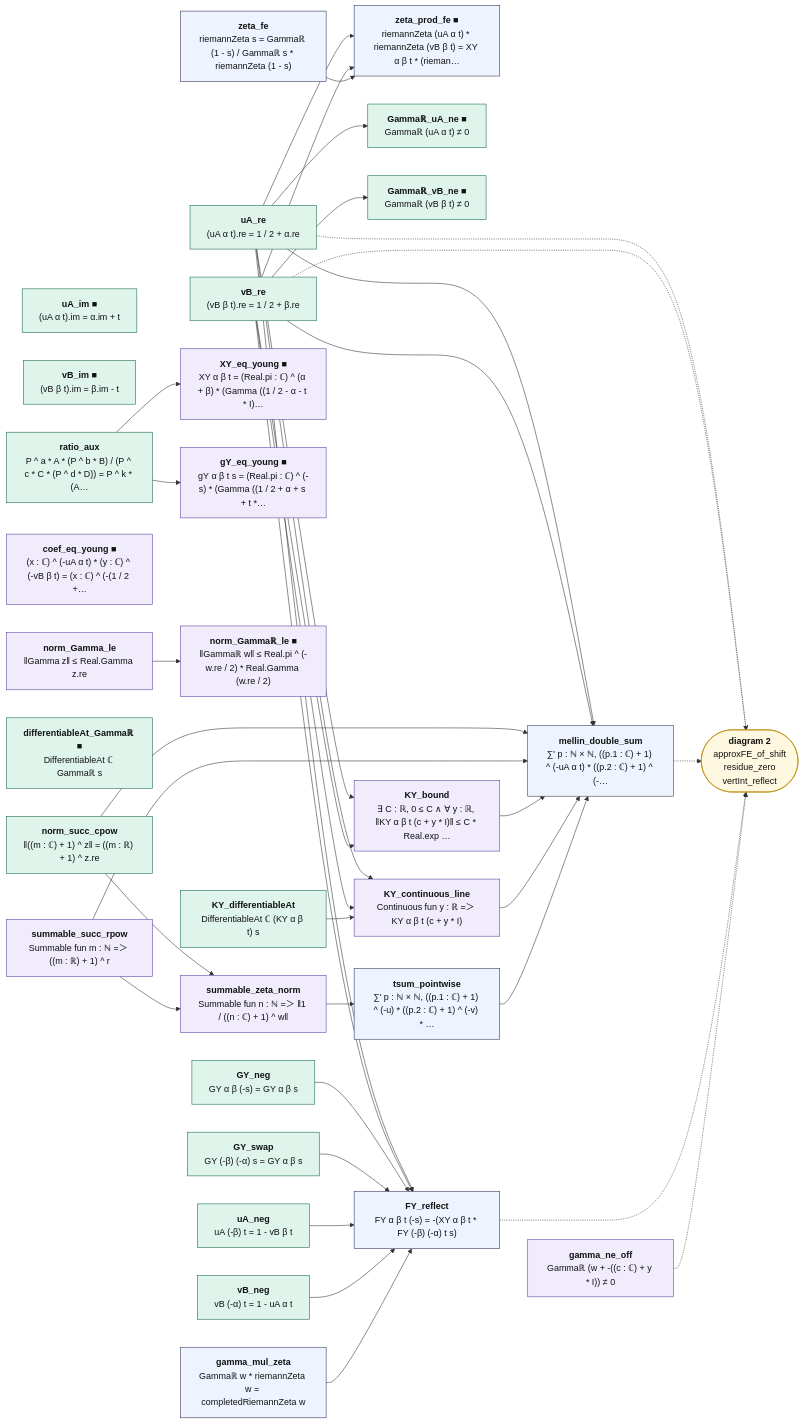
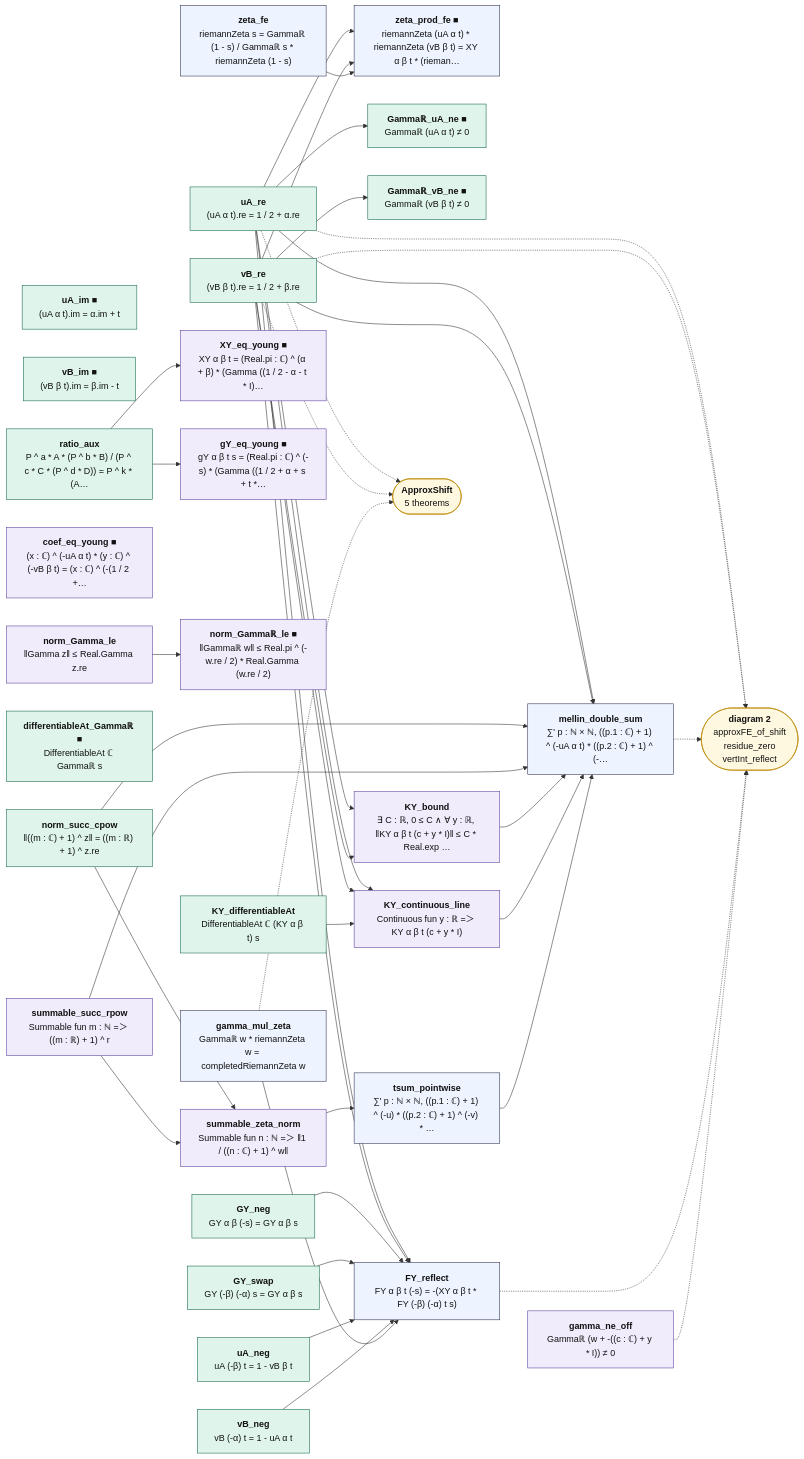
Before and after one commit to juliansambranojr/Primebeat_081426: the first of 2 diagrams in map/lean_stage3/ApproxFE.md, drawn with Mermaid. The commit also changed other lines of this file and 19 other files, not shown here.

````diff
--- a/map/lean_stage3/ApproxFE.md
+++ b/map/lean_stage3/ApproxFE.md
@@ -16,77 +16,81 @@
 ```mermaid
 flowchart LR
   n0["<b>uA_re</b><br/>(uA α t).re = 1 / 2 + α.re"]:::cnt
   n1["<b>vB_re</b><br/>(vB β t).re = 1 / 2 + β.re"]:::cnt
   n2["<b>uA_im ■</b><br/>(uA α t).im = α.im + t"]:::cnt
   n3["<b>vB_im ■</b><br/>(vB β t).im = β.im - t"]:::cnt
   n4["<b>zeta_fe</b><br/>riemannZeta s = Gammaℝ (1 - s) / Gammaℝ s * riemannZeta (1 - s)"]:::thm
   n5["<b>zeta_prod_fe ■</b><br/>riemannZeta (uA α t) * riemannZeta (vB β t) = XY α β t * (rieman…"]:::thm
   n6["<b>Gammaℝ_uA_ne ■</b><br/>Gammaℝ (uA α t) ≠ 0"]:::cnt
   n7["<b>Gammaℝ_vB_ne ■</b><br/>Gammaℝ (vB β t) ≠ 0"]:::cnt
   n8["<b>ratio_aux</b><br/>P ^ a * A * (P ^ b * B) / (P ^ c * C * (P ^ d * D)) = P ^ k * (A…"]:::cnt
   n9["<b>XY_eq_young ■</b><br/>XY α β t = (Real.pi : ℂ) ^ (α + β) * (Gamma ((1 / 2 - α - t * I)…"]:::shp
   n10["<b>gY_eq_young ■</b><br/>gY α β t s = (Real.pi : ℂ) ^ (-s) * (Gamma ((1 / 2 + α + s + t *…"]:::shp
   n11["<b>coef_eq_young ■</b><br/>(x : ℂ) ^ (-uA α t) * (y : ℂ) ^ (-vB β t) = (x : ℂ) ^ (-(1 / 2 +…"]:::shp
   n12["<b>norm_Gamma_le</b><br/>‖Gamma z‖ ≤ Real.Gamma z.re"]:::shp
   n13["<b>norm_Gammaℝ_le ■</b><br/>‖Gammaℝ w‖ ≤ Real.pi ^ (-w.re / 2) * Real.Gamma (w.re / 2)"]:::shp
   n14["<b>differentiableAt_Gammaℝ ■</b><br/>DifferentiableAt ℂ Gammaℝ s"]:::cnt
   n15["<b>norm_succ_cpow</b><br/>‖((m : ℂ) + 1) ^ z‖ = ((m : ℝ) + 1) ^ z.re"]:::cnt
   n16["<b>summable_succ_rpow</b><br/>Summable fun m : ℕ =＞ ((m : ℝ) + 1) ^ r"]:::shp
   n17["<b>summable_zeta_norm</b><br/>Summable fun n : ℕ =＞ ‖1 / ((n : ℂ) + 1) ^ w‖"]:::shp
   n18["<b>KY_bound</b><br/>∃ C : ℝ, 0 ≤ C ∧ ∀ y : ℝ, ‖KY α β t (c + y * I)‖ ≤ C * Real.exp …"]:::shp
   n19["<b>KY_differentiableAt</b><br/>DifferentiableAt ℂ (KY α β t) s"]:::cnt
   n20["<b>KY_continuous_line</b><br/>Continuous fun y : ℝ =＞ KY α β t (c + y * I)"]:::shp
   n21["<b>tsum_pointwise</b><br/>∑' p : ℕ × ℕ, ((p.1 : ℂ) + 1) ^ (-u) * ((p.2 : ℂ) + 1) ^ (-v) * …"]:::thm
   n22["<b>mellin_double_sum</b><br/>∑' p : ℕ × ℕ, ((p.1 : ℂ) + 1) ^ (-uA α t) * ((p.2 : ℂ) + 1) ^ (-…"]:::thm
   n23["<b>GY_neg</b><br/>GY α β (-s) = GY α β s"]:::cnt
   n24["<b>GY_swap</b><br/>GY (-β) (-α) s = GY α β s"]:::cnt
   n25["<b>uA_neg</b><br/>uA (-β) t = 1 - vB β t"]:::cnt
   n26["<b>vB_neg</b><br/>vB (-α) t = 1 - uA α t"]:::cnt
   n27["<b>gamma_mul_zeta</b><br/>Gammaℝ w * riemannZeta w = completedRiemannZeta w"]:::thm
   n28["<b>FY_reflect</b><br/>FY α β t (-s) = -(XY α β t * FY (-β) (-α) t s)"]:::thm
   n29["<b>gamma_ne_off</b><br/>Gammaℝ (w + -((c : ℂ) + y * I)) ≠ 0"]:::shp
   x0(["<b>diagram 2</b><br/>approxFE_of_shift<br/>residue_zero<br/>vertInt_reflect"]):::ext
+  x1(["<b>ApproxShift</b><br/>5 theorems"]):::ext
   n0 --> n18
   n0 --> n20
   n0 --> n22
   n0 --> n28
   n0 --> n5
   n0 --> n6
   n1 --> n18
   n1 --> n20
   n1 --> n22
   n1 --> n28
   n1 --> n5
   n1 --> n7
   n12 --> n13
   n15 --> n17
   n15 --> n22
   n16 --> n17
   n16 --> n22
   n17 --> n21
   n18 --> n22
   n19 --> n20
   n20 --> n22
   n21 --> n22
   n23 --> n28
   n24 --> n28
   n25 --> n28
   n26 --> n28
   n27 --> n28
   n4 --> n5
   n8 --> n10
   n8 --> n9
   n0 -.-> x0
+  n0 -.-> x1
   n1 -.-> x0
+  n1 -.-> x1
   n22 -.-> x0
+  n27 -.-> x1
   n28 -.-> x0
   n29 -.-> x0
   classDef cnt fill:#dff5ec,stroke:#17694a,color:#111
   classDef shp fill:#f1ecfb,stroke:#5b3fa0,color:#111
   classDef rh fill:#ffe5e5,stroke:#c22,color:#111,stroke-width:2px
   classDef thm fill:#eef4ff,stroke:#335,color:#111
   classDef end_ fill:#e7f7e7,stroke:#2a7,color:#111,stroke-width:2px
   classDef lone fill:#fff,stroke:#999,color:#111,stroke-dasharray:4 3
   classDef bad fill:#ffe5e5,stroke:#c22,color:#111,stroke-width:2px
   classDef ext fill:#fff8e1,stroke:#b80,color:#111
 ```
````
